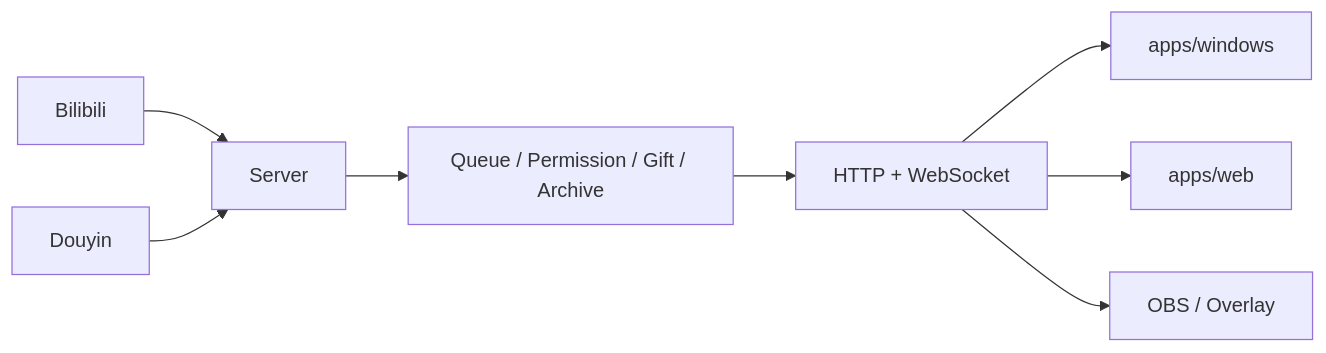
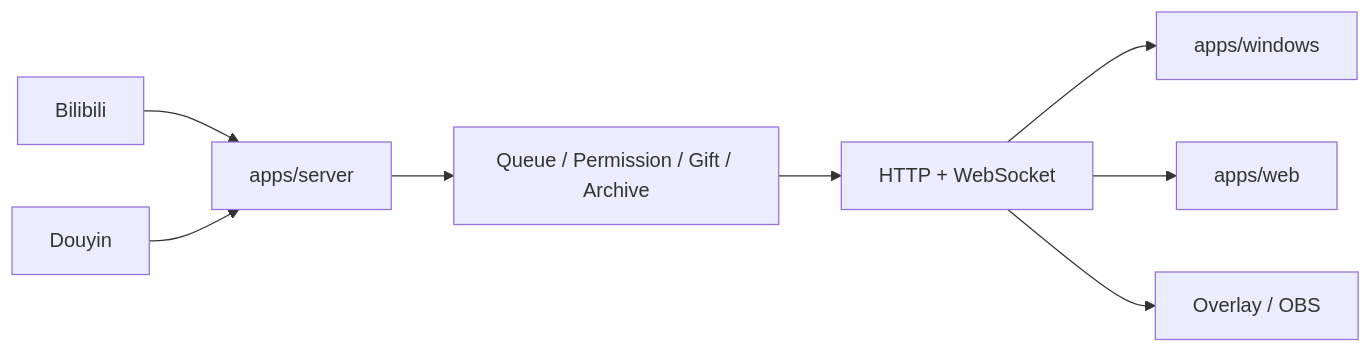
Before and after one commit to ZzzHe2333/bilipdj: the diagram in README.md, drawn with Mermaid. The commit also changed other lines of this file, not shown here.

````diff
--- a/README.md
+++ b/README.md
@@ -130,10 +137,10 @@
 ```mermaid
 flowchart LR
-    B[Bilibili] --> S[Server]
+    B[Bilibili] --> S[apps/server]
     D[Douyin] --> S
     S --> Q[Queue / Permission / Gift / Archive]
     Q --> API[HTTP + WebSocket]
     API --> W[apps/windows]
     API --> WEB[apps/web]
-    API --> OBS[OBS / Overlay]
+    API --> OBS[Overlay / OBS]
 ```
````
